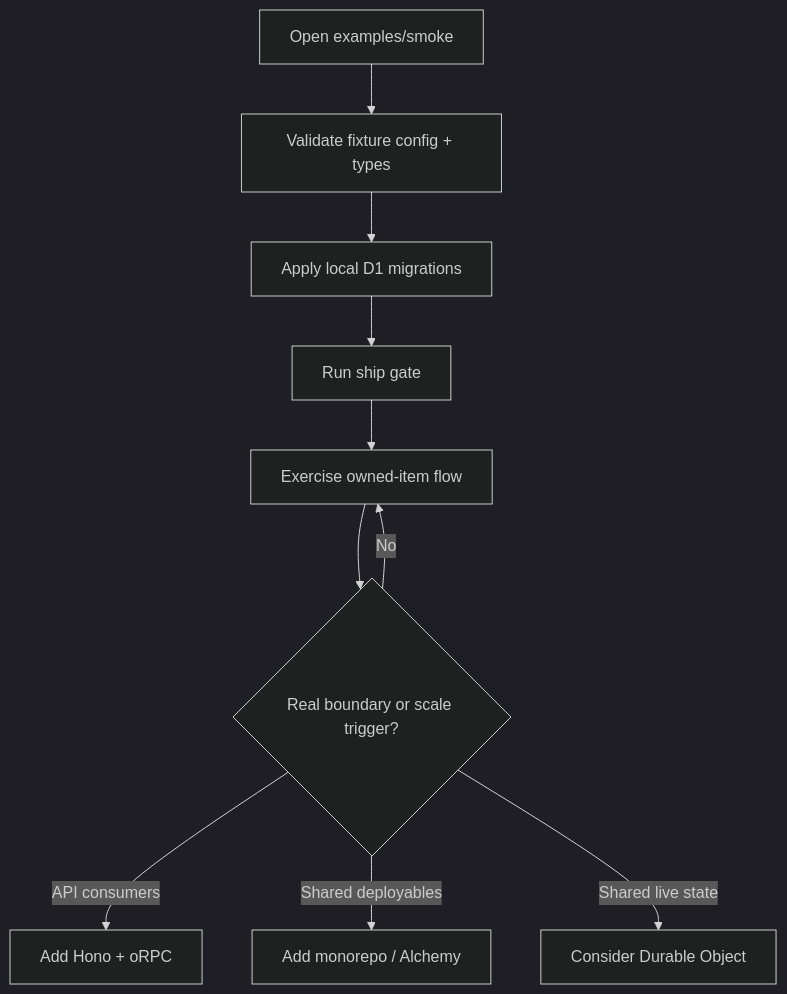
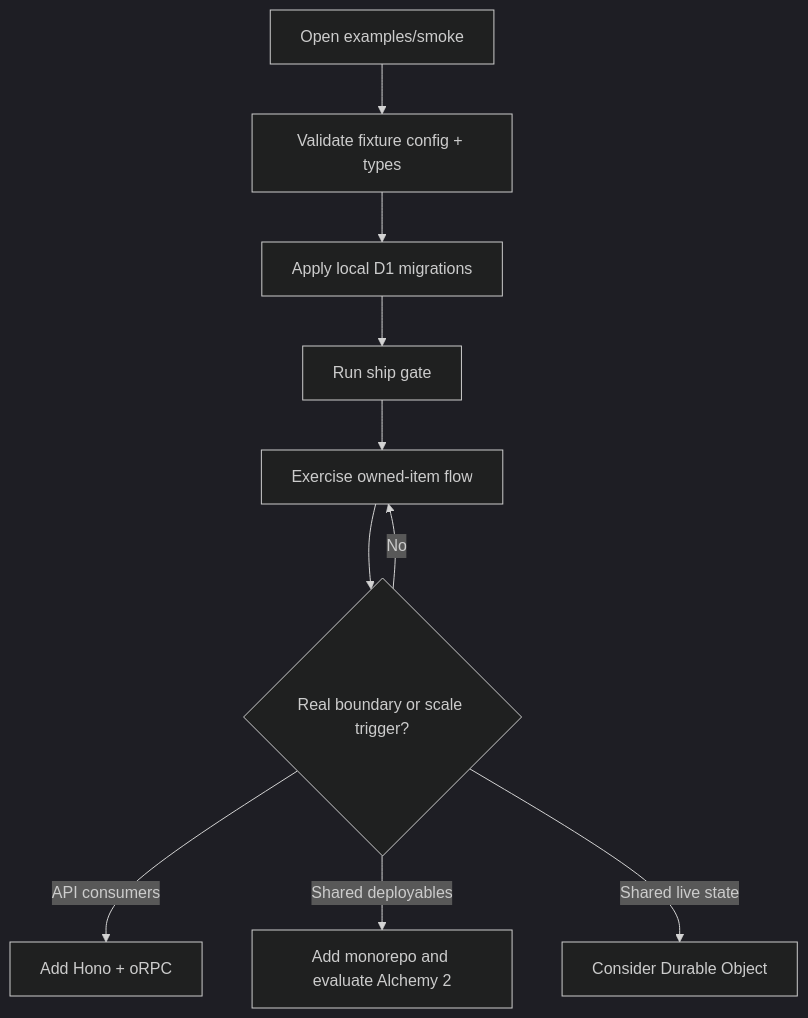
One commit to tristanremy/fenod-tech-stack changed the second of 2 diagrams in README.md. Above: the diagram before and after it, drawn with Mermaid (dark theme). The commit also changed other lines of this file and 16 other files, not shown here.

````diff
--- a/README.md
+++ b/README.md
@@ -66,12 +68,12 @@
 ```mermaid
 flowchart TD
   A[Open examples/smoke] --> B[Validate fixture config + types]
   B --> C[Apply local D1 migrations]
   C --> D[Run ship gate]
   D --> E[Exercise owned-item flow]
   E --> F{Real boundary or scale trigger?}
   F -- No --> E
   F -- API consumers --> G[Add Hono + oRPC]
-  F -- Shared deployables --> H[Add monorepo / Alchemy]
+  F -- Shared deployables --> H[Add monorepo and evaluate Alchemy 2]
   F -- Shared live state --> I[Consider Durable Object]
 ```
````
